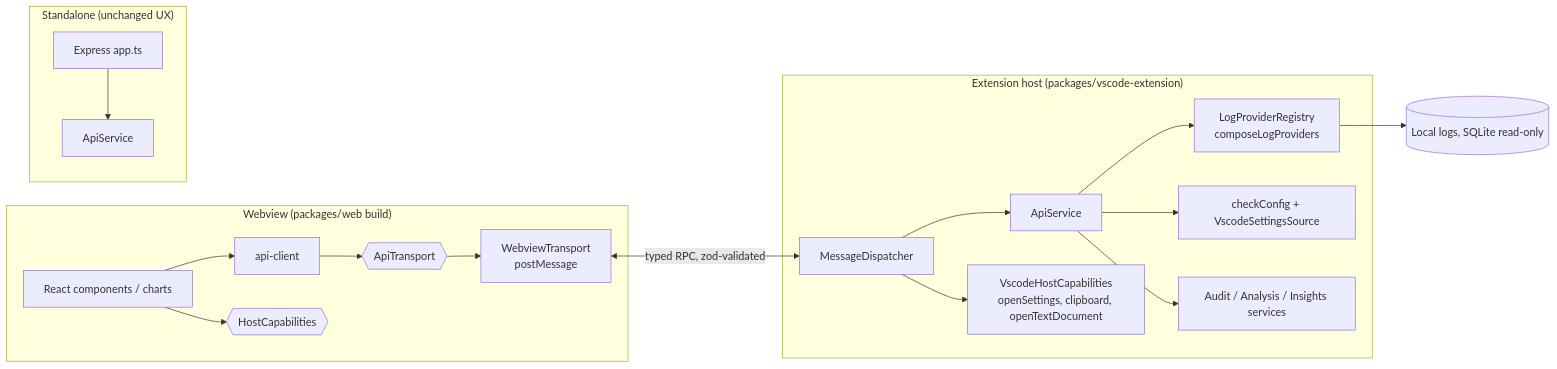
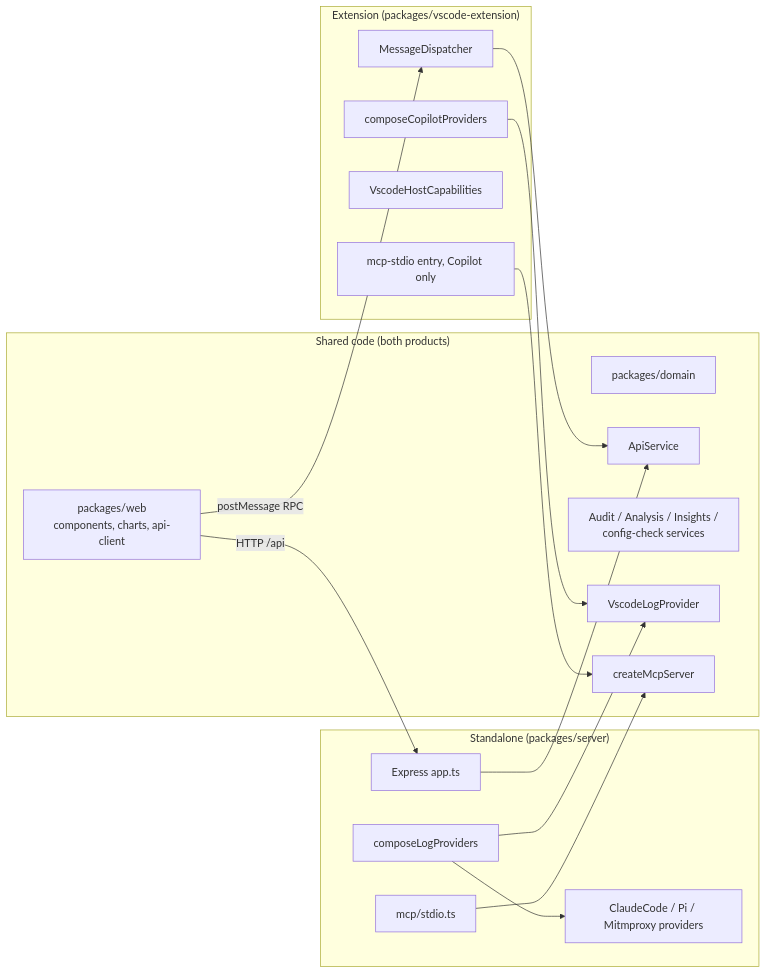
The diagram in docs/plans/vscode-extension.md (raulkivi/agent-cost-analyzer), drawn with Mermaid before and after one commit. The commit also changed other lines of this file and 4 other files, not shown here.

First line of the commit message:
docs: plan the VS Code extension as a separate Copilot-only product

````diff
--- a/docs/plans/vscode-extension.md
+++ b/docs/plans/vscode-extension.md
@@ -63,21 +88,25 @@
 ```mermaid
 flowchart LR
-  subgraph Webview["Webview (packages/web build)"]
-    UI[React components / charts] --> AC[api-client]
-    AC --> T{{ApiTransport}}
-    T --> WT[WebviewTransport<br/>postMessage]
-    UI --> HC{{HostCapabilities}}
+  subgraph Shared["Shared code (both products)"]
+    DOM[packages/domain]
+    UI[packages/web<br/>components, charts, api-client]
+    API[ApiService]
+    SVC[Audit / Analysis / Insights /<br/>config-check services]
+    VSP[VscodeLogProvider]
+    MCP[createMcpServer]
   end
-  subgraph Host["Extension host (packages/vscode-extension)"]
-    WT <-->|"typed RPC, zod-validated"| D[MessageDispatcher]
-    D --> API[ApiService]
-    D --> CAP[VscodeHostCapabilities<br/>openSettings, clipboard, openTextDocument]
-    API --> REG[LogProviderRegistry<br/>composeLogProviders]
-    API --> CC[checkConfig + VscodeSettingsSource]
-    API --> Q[Audit / Analysis / Insights services]
+  subgraph Ext["Extension (packages/vscode-extension)"]
+    CR1[composeCopilotProviders] --> VSP
+    D[MessageDispatcher] --> API
+    CAP[VscodeHostCapabilities]
+    MCP1[mcp-stdio entry, Copilot only] --> MCP
   end
-  subgraph Standalone["Standalone (unchanged UX)"]
-    HTTP[Express app.ts] --> API2[ApiService]
+  subgraph App["Standalone (packages/server)"]
+    CR2[composeLogProviders] --> VSP
+    CR2 --> OTH[ClaudeCode / Pi / Mitmproxy providers]
+    HTTP[Express app.ts] --> API
+    MCP2[mcp/stdio.ts] --> MCP
   end
-  REG --> FS[(Local logs, SQLite read-only)]
+  UI -->|postMessage RPC| D
+  UI -->|HTTP /api| HTTP
 ```
````
